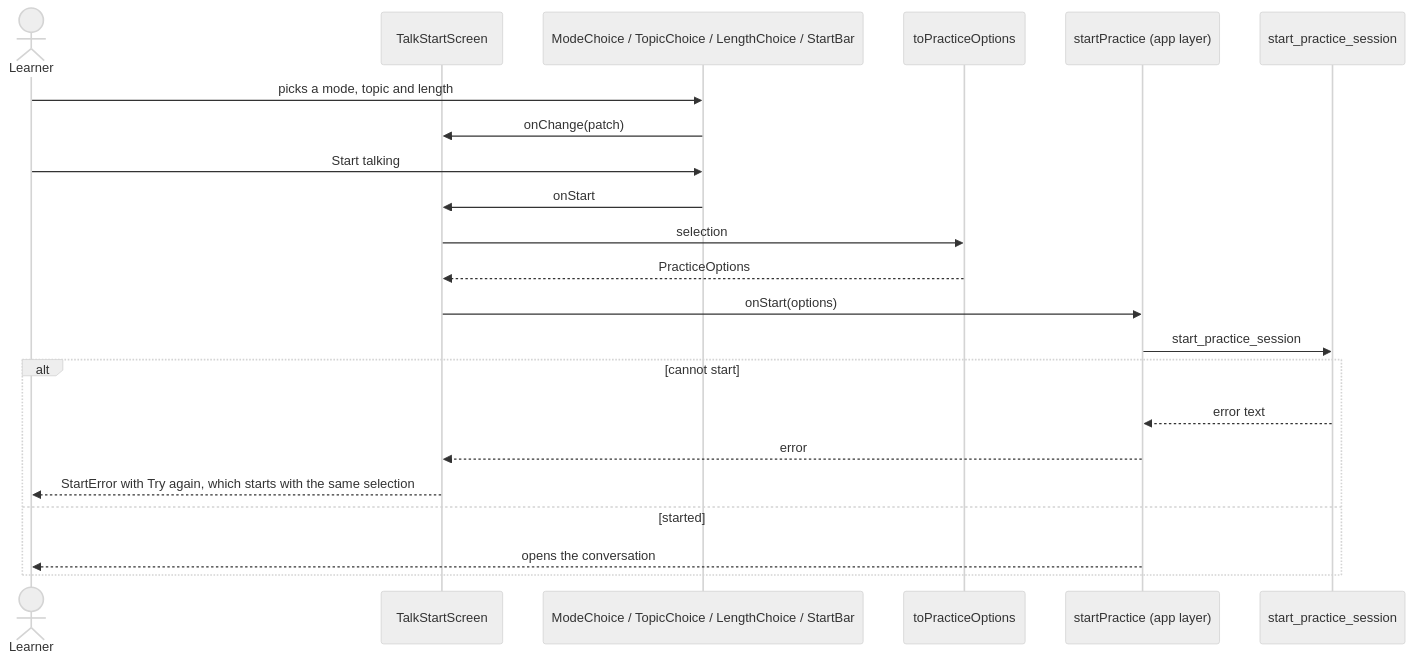
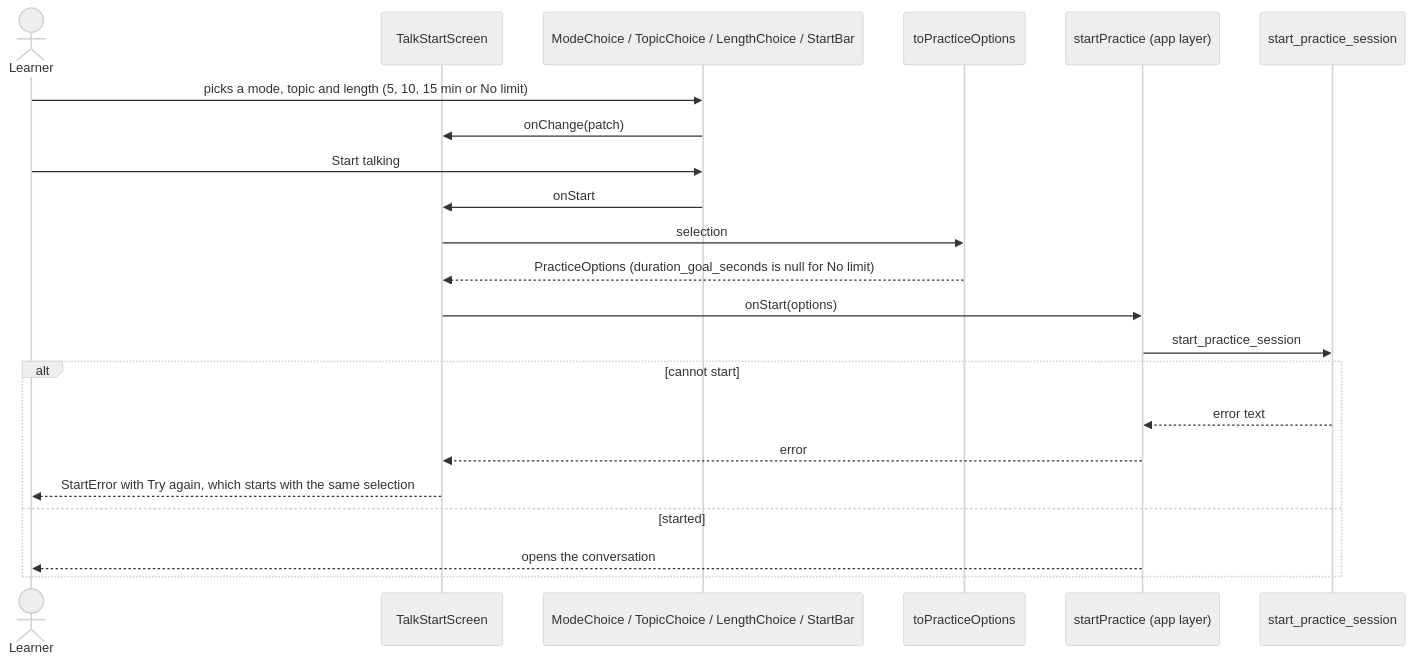
One commit to oleksii-latyshev/english-trainer changed the first of 2 diagrams in src/features/practice-setup/flow.md. Above: the diagram before and after it, drawn with Mermaid (neutral theme). The commit also changed 62 other files, not shown here.

First line of the commit message:
feat(ui): Start greets the learner by name and offers a No limit session (#127)

````diff
--- a/src/features/practice-setup/flow.md
+++ b/src/features/practice-setup/flow.md
@@ -10,25 +10,25 @@
 ```mermaid
 sequenceDiagram
     actor Learner
     participant Screen as TalkStartScreen
     participant Setup as ModeChoice / TopicChoice / LengthChoice / StartBar
     participant Helper as toPracticeOptions
     participant App as startPractice (app layer)
     participant Rust as start_practice_session
 
-    Learner->>Setup: picks a mode, topic and length
+    Learner->>Setup: picks a mode, topic and length (5, 10, 15 min or No limit)
     Setup->>Screen: onChange(patch)
     Learner->>Setup: Start talking
     Setup->>Screen: onStart
     Screen->>Helper: selection
-    Helper-->>Screen: PracticeOptions
+    Helper-->>Screen: PracticeOptions (duration_goal_seconds is null for No limit)
     Screen->>App: onStart(options)
     App->>Rust: start_practice_session
     alt cannot start
         Rust-->>App: error text
         App-->>Screen: error
         Screen-->>Learner: StartError with Try again, which starts with the same selection
     else started
         App-->>Learner: opens the conversation
     end
 ```
````
